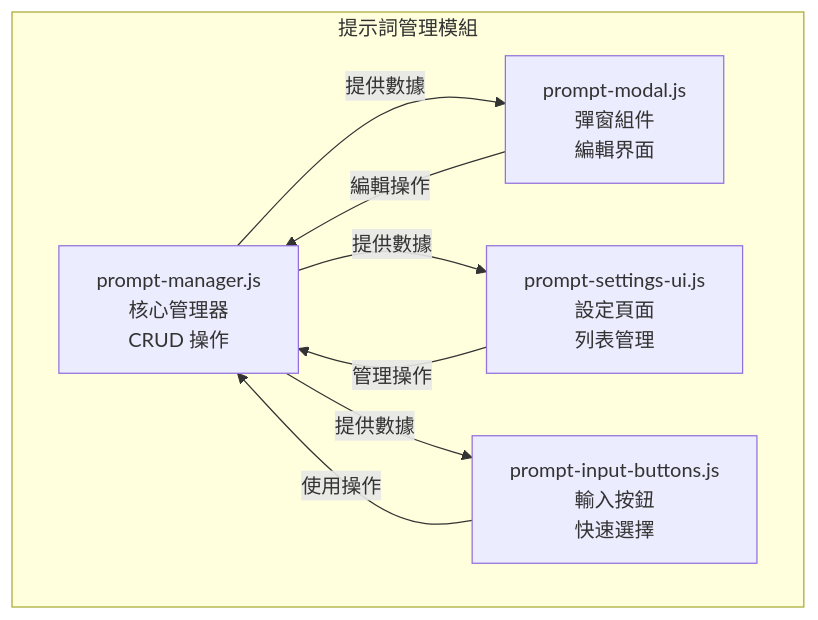
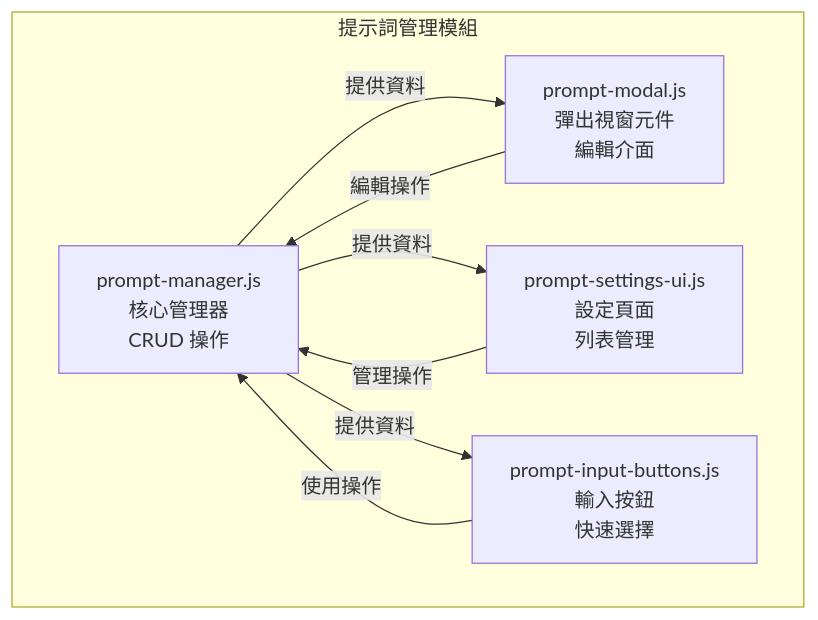
The sixth of 12 diagrams in docs/architecture/component-details.md (CloudEngineHub/mcp-feedback-enhanced), drawn with Mermaid before and after one commit. The commit also changed other lines of this file, not shown here.

````diff
--- a/docs/architecture/component-details.md
+++ b/docs/architecture/component-details.md
@@ -543,16 +543,16 @@
 ```mermaid
 graph TB
     subgraph "提示詞管理模組"
         PM[prompt-manager.js<br/>核心管理器<br/>CRUD 操作]
-        PMO[prompt-modal.js<br/>彈窗組件<br/>編輯界面]
+        PMO[prompt-modal.js<br/>彈出視窗元件<br/>編輯介面]
         PSU[prompt-settings-ui.js<br/>設定頁面<br/>列表管理]
         PIB[prompt-input-buttons.js<br/>輸入按鈕<br/>快速選擇]
     end
 
-    PM -->|提供數據| PMO
-    PM -->|提供數據| PSU
-    PM -->|提供數據| PIB
+    PM -->|提供資料| PMO
+    PM -->|提供資料| PSU
+    PM -->|提供資料| PIB
     PMO -->|編輯操作| PM
     PSU -->|管理操作| PM
     PIB -->|使用操作| PM
 ```
````
